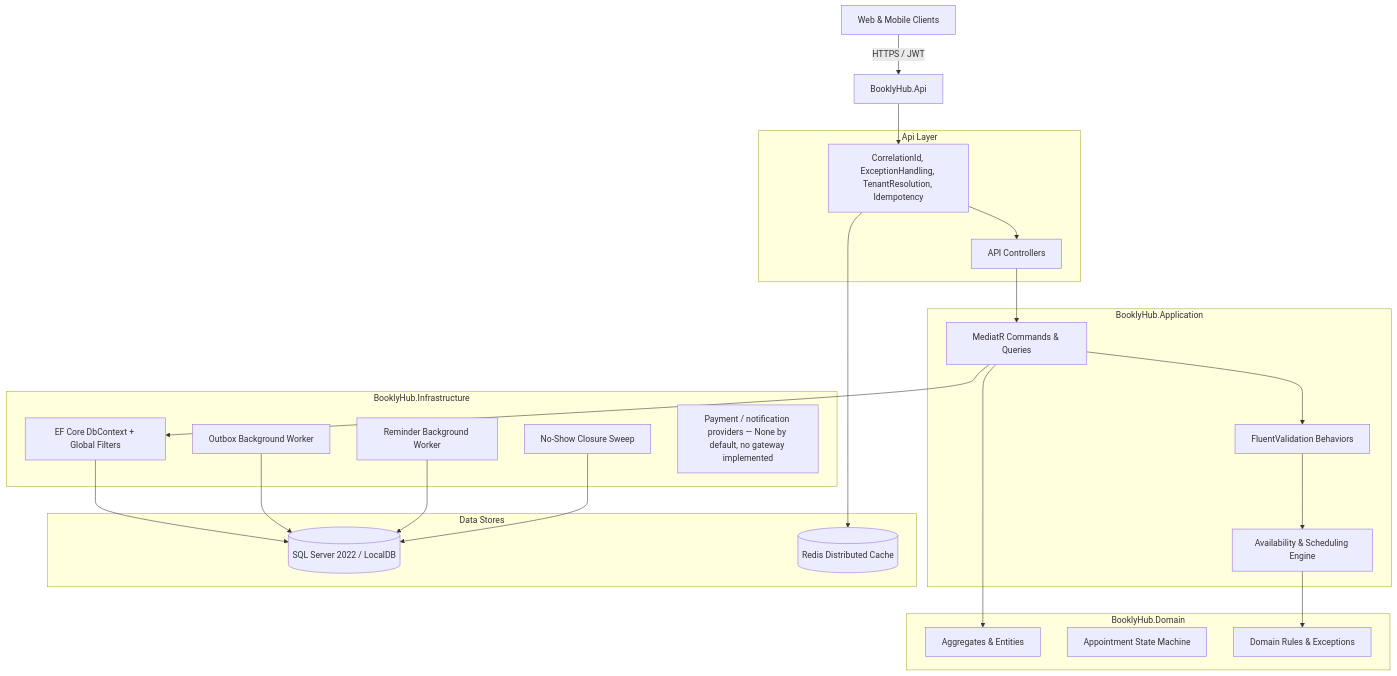
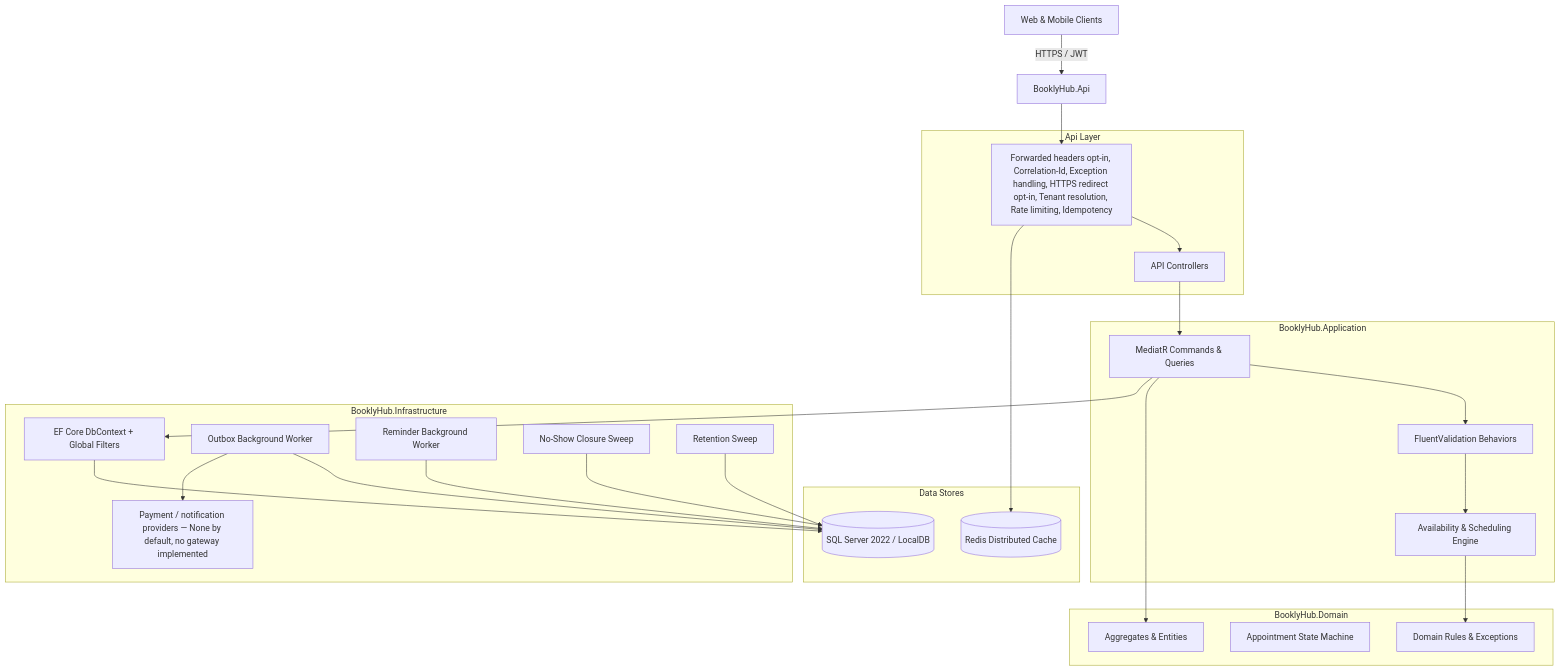
The diagram in README.md (dante127/BooklyHub), drawn with Mermaid before and after one commit. The commit also changed other lines of this file and 3 other files, not shown here.

````diff
--- a/README.md
+++ b/README.md
@@ -36,45 +45,48 @@
 ```mermaid
 graph TD
     Client[Web & Mobile Clients] -->|HTTPS / JWT| Api[BooklyHub.Api]
-    
+
     subgraph Api Layer
-        Middleware[CorrelationId, ExceptionHandling, TenantResolution, Idempotency]
+        Middleware[Forwarded headers opt-in, Correlation-Id, Exception handling, HTTPS redirect opt-in, Tenant resolution, Rate limiting, Idempotency]
         Controllers[API Controllers]
     end
 
     subgraph Application Layer [BooklyHub.Application]
         CQRS[MediatR Commands & Queries]
         Validators[FluentValidation Behaviors]
         Availability[Availability & Scheduling Engine]
     end
 
     subgraph Domain Layer [BooklyHub.Domain]
         Entities[Aggregates & Entities]
         StateMachine[Appointment State Machine]
         DomainRules[Domain Rules & Exceptions]
     end
 
     subgraph Infrastructure Layer [BooklyHub.Infrastructure]
         EFCore[EF Core DbContext + Global Filters]
         OutboxWorker[Outbox Background Worker]
         ReminderWorker[Reminder Background Worker]
         NoShowWorker[No-Show Closure Sweep]
-        PaymentGateway[Payment / notification providers — None by default, no gateway implemented]
+        RetentionWorker[Retention Sweep]
+        Providers[Payment / notification providers — None by default, no gateway implemented]
     end
 
     subgraph Data Stores
         SqlServer[(SQL Server 2022 / LocalDB)]
         RedisCache[(Redis Distributed Cache)]
     end
 
     Api --> Middleware --> Controllers --> CQRS
     CQRS --> Validators --> Availability
     Availability --> DomainRules
     CQRS --> Entities
     CQRS --> EFCore
     EFCore --> SqlServer
     OutboxWorker --> SqlServer
     ReminderWorker --> SqlServer
     NoShowWorker --> SqlServer
+    RetentionWorker --> SqlServer
     Middleware --> RedisCache
+    OutboxWorker --> Providers
 ```
````
